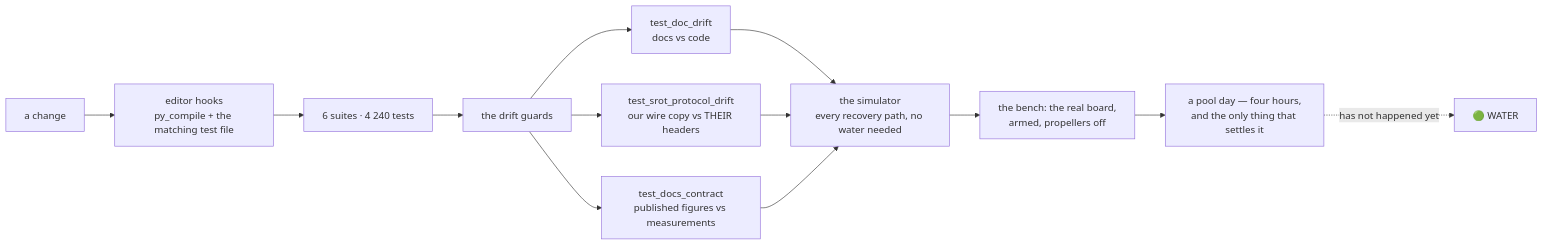
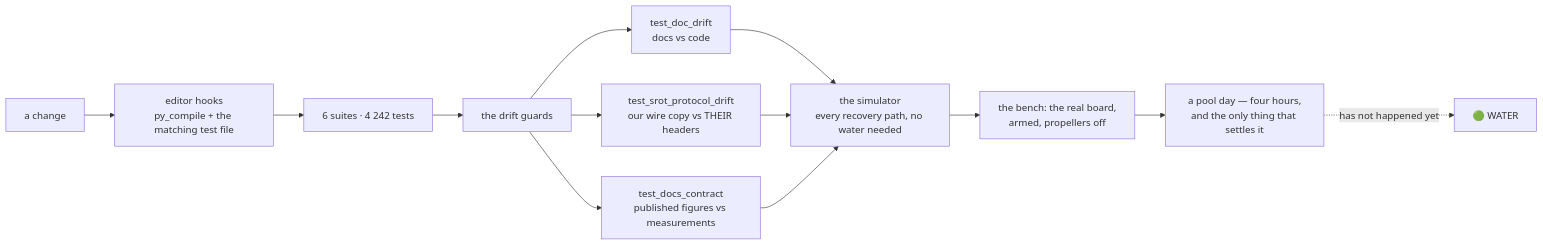
The ninth of 10 diagrams in README.md (fh1m/mongla_ws), drawn with Mermaid before and after one commit. The commit also changed other lines of this file and 9 other files, not shown here.

````diff
--- a/README.md
+++ b/README.md
@@ -752,15 +752,15 @@
 ```mermaid
 flowchart LR
     DEV["a change"] --> HOOK["editor hooks<br/>py_compile + the matching test file"]
-    HOOK --> UNIT["6 suites · 4 240 tests"]
+    HOOK --> UNIT["6 suites · 4 242 tests"]
     UNIT --> GUARD["the drift guards"]
     GUARD --> G1["test_doc_drift<br/>docs vs code"]
     GUARD --> G2["test_srot_protocol_drift<br/>our wire copy vs THEIR headers"]
     GUARD --> G3["test_docs_contract<br/>published figures vs measurements"]
     G1 --> SIM["the simulator<br/>every recovery path, no water needed"]
     G2 --> SIM
     G3 --> SIM
     SIM --> BENCH["the bench: the real board,<br/>armed, propellers off"]
     BENCH --> POOL["a pool day — four hours,<br/>and the only thing that settles it"]
     POOL -.->|"has not happened yet"| WATER["🟢 WATER"]
 ```
````
